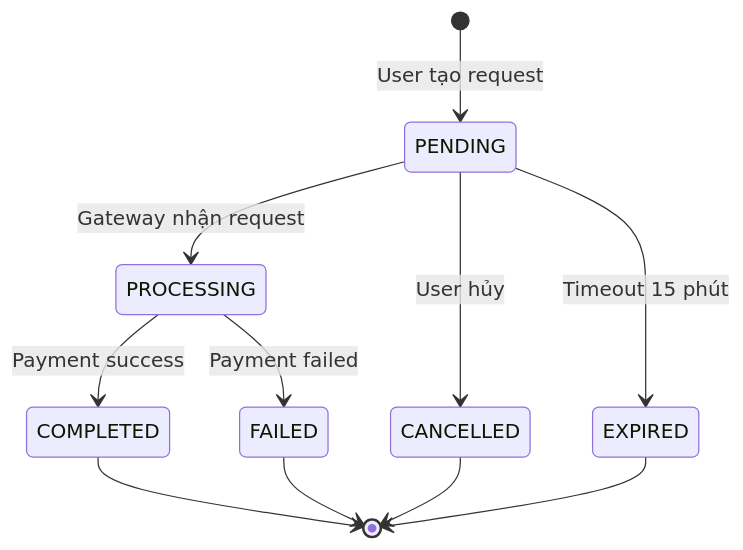
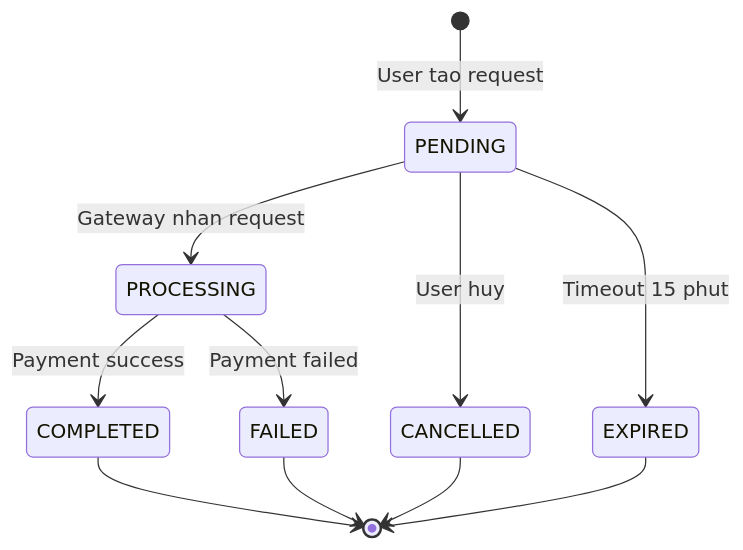
Before and after one commit to anhnguyen123312/ShopMMO: diagram 17 of 19 in mmo-api/docs/v2/TaphoaMMO_Trust_Wallet_V3_Design.md, drawn with Mermaid. The commit also changed other lines of this file and 1 other file, not shown here.

````diff
--- a/mmo-api/docs/v2/TaphoaMMO_Trust_Wallet_V3_Design.md
+++ b/mmo-api/docs/v2/TaphoaMMO_Trust_Wallet_V3_Design.md
@@ -1499,16 +1499,16 @@
 ```mermaid
 stateDiagram-v2
-    [*] --> PENDING: User tạo request
+    [*] --> PENDING: User tao request
     
-    PENDING --> PROCESSING: Gateway nhận request
-    PENDING --> CANCELLED: User hủy
-    PENDING --> EXPIRED: Timeout 15 phút
+    PENDING --> PROCESSING: Gateway nhan request
+    PENDING --> CANCELLED: User huy
+    PENDING --> EXPIRED: Timeout 15 phut
     
     PROCESSING --> COMPLETED: Payment success
     PROCESSING --> FAILED: Payment failed
     
     COMPLETED --> [*]
     CANCELLED --> [*]
     EXPIRED --> [*]
     FAILED --> [*]
 ```
````
